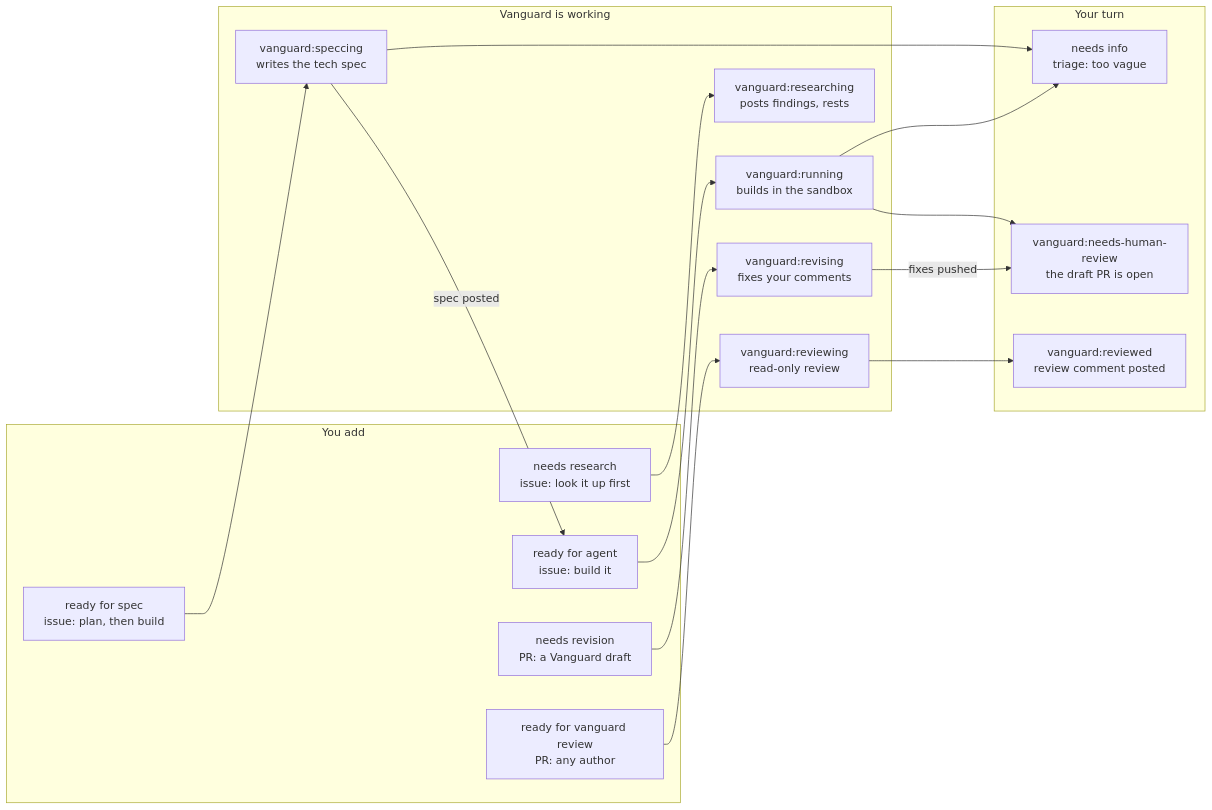
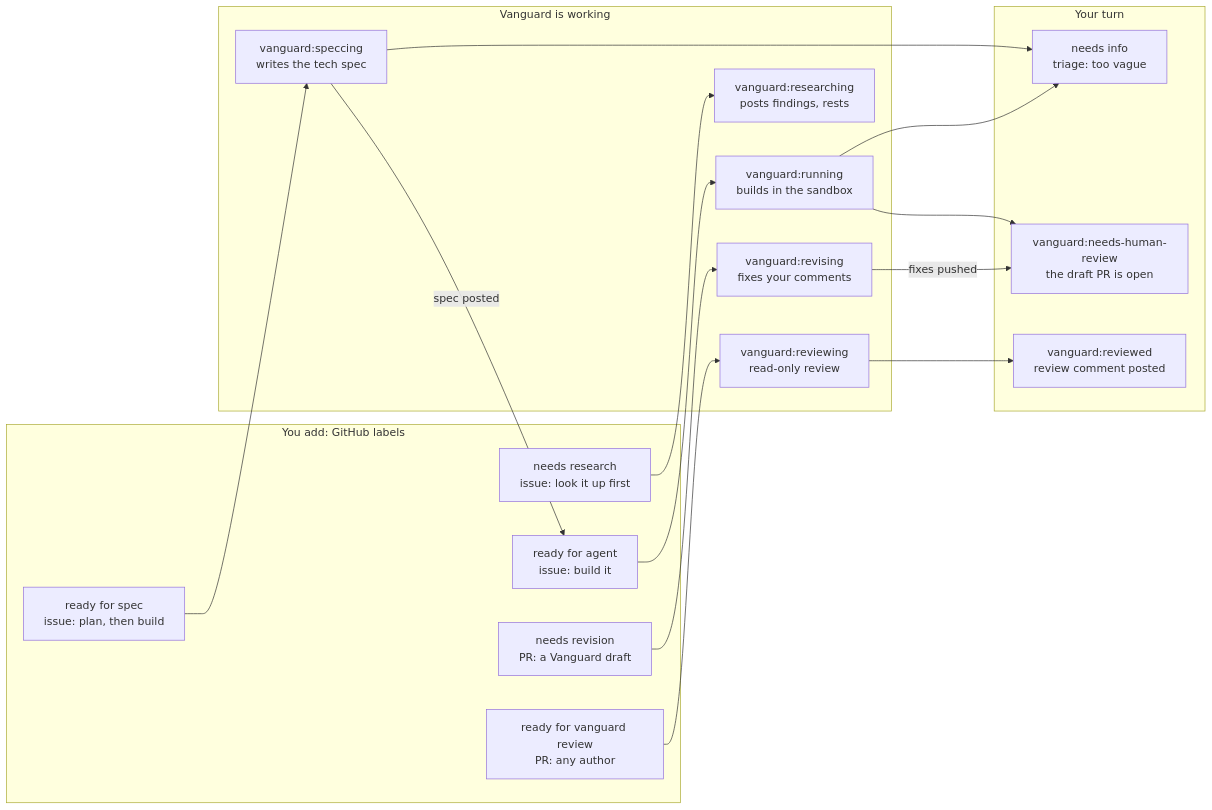
The diagram in docs/diagrams/labels.mmd (SebaBoler/vanguard), drawn with Mermaid before and after one commit. The commit also changed 16 other files, not shown here.

Commit message:
docs: diagrams cover GitLab and Linear, not just GitHub (#545)

```diff
--- a/docs/diagrams/labels.mmd
+++ b/docs/diagrams/labels.mmd
@@ -1,32 +1,32 @@
 %% Routing labels: the topology behind labels-light.svg / labels-dark.svg (README "Routing labels — full set").
 %% Change it here first, mirror it in labels.archify.json, then re-render with archify (github.com/tt-a1i/archify):
 %%   node archify/bin/archify.mjs deliver architecture docs/diagrams/labels.archify.json <out>.html --quality showcase
 %% Open <out>.html → Export → SVG, then: docs/diagrams/split-theme.sh <export>.svg labels
 flowchart LR
-  subgraph you[You add]
+  subgraph you[You add: GitHub labels]
     research["needs research<br/>issue: look it up first"]
     spec["ready for spec<br/>issue: plan, then build"]
     agent["ready for agent<br/>issue: build it"]
     revision["needs revision<br/>PR: a Vanguard draft"]
     vreview["ready for vanguard review<br/>PR: any author"]
   end
   subgraph working[Vanguard is working]
     researching["vanguard:researching<br/>posts findings, rests"]
     speccing["vanguard:speccing<br/>writes the tech spec"]
     running["vanguard:running<br/>builds in the sandbox"]
     revising["vanguard:revising<br/>fixes your comments"]
     reviewing["vanguard:reviewing<br/>read-only review"]
   end
   subgraph turn[Your turn]
     info["needs info<br/>triage: too vague"]
     humanreview["vanguard:needs-human-review<br/>the draft PR is open"]
     reviewed["vanguard:reviewed<br/>review comment posted"]
   end
 
   research --> researching
   spec --> speccing -->|spec posted| agent
   speccing --> info
   agent --> running --> humanreview
   running --> info
   revision --> revising -->|fixes pushed| humanreview
   vreview --> reviewing --> reviewed
```
